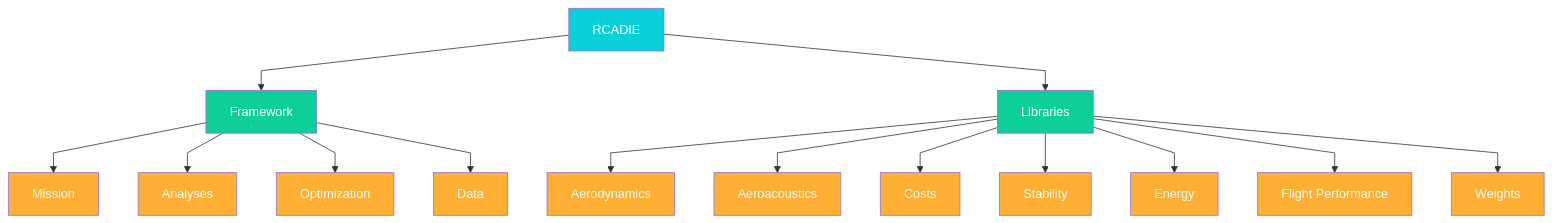
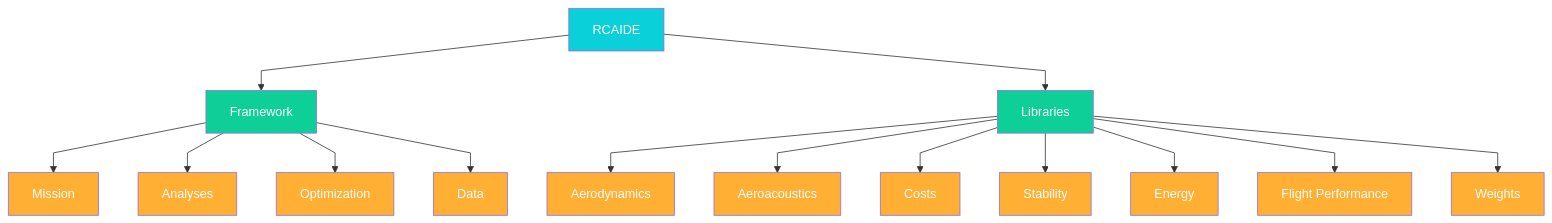
One commit to RCAIDE/RCAIDE changed the second of 2 diagrams in README.md. Above: the diagram before and after it, drawn with Mermaid. The commit also changed other lines of this file and 45 other files, not shown here.

````diff
--- a/README.md
+++ b/README.md
@@ -52,41 +69,41 @@
 ```mermaid
 %%{init: {'flowchart': {'curve': 'linear', 'nodeSpacing': 50, 'rankSpacing': 50}}}%%
 flowchart TB
-    RCADIE[RCADIE] --> Framework
-    RCADIE --> Libraries
+    RCAIDE[RCAIDE] --> Framework
+    RCAIDE --> Libraries
     
     %% Framework components
     Framework --> Mission
     Framework --> Analyses
     Framework --> Optimization
     Framework --> Data
     
     %% Library components
     Libraries --> Aerodynamics
     Libraries --> Aeroacoustics
     Libraries --> Costs
     Libraries --> Stability
     Libraries --> Energy
     Libraries --> FlightPerf[Flight Performance]
     Libraries --> Weights
     
     %% Styling
-    style RCADIE fill:#09d0d9,color:#fff
+    style RCAIDE fill:#09d0d9,color:#fff
     style Framework fill:#0fcf99,color:#fff
     style Libraries fill:#0fcf99,color:#fff
     
     %% Framework children styling - Burgundy
     style Mission fill:#ffaf33,color:#fff
     style Analyses fill:#ffaf33,color:#fff
     style Optimization fill:#ffaf33,color:#fff
     style Data fill:#ffaf33,color:#fff
     
     %% Libraries children styling - Purple
     style Aerodynamics fill:#ffaf33,color:#fff
     style Aeroacoustics fill:#ffaf33,color:#fff
     style Costs fill:#ffaf33,color:#fff
     style Stability fill:#ffaf33,color:#fff
     style Energy fill:#ffaf33,color:#fff
     style FlightPerf fill:#ffaf33,color:#fff
     style Weights fill:#ffaf33,color:#fff
 ```
````
